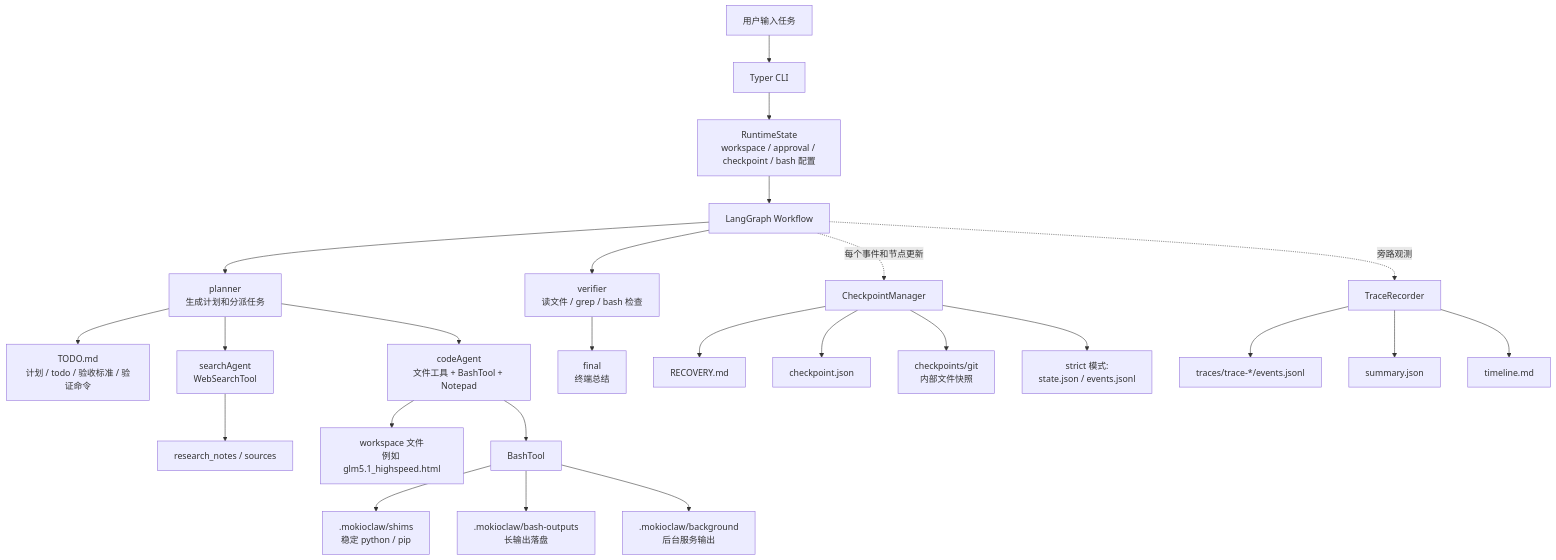
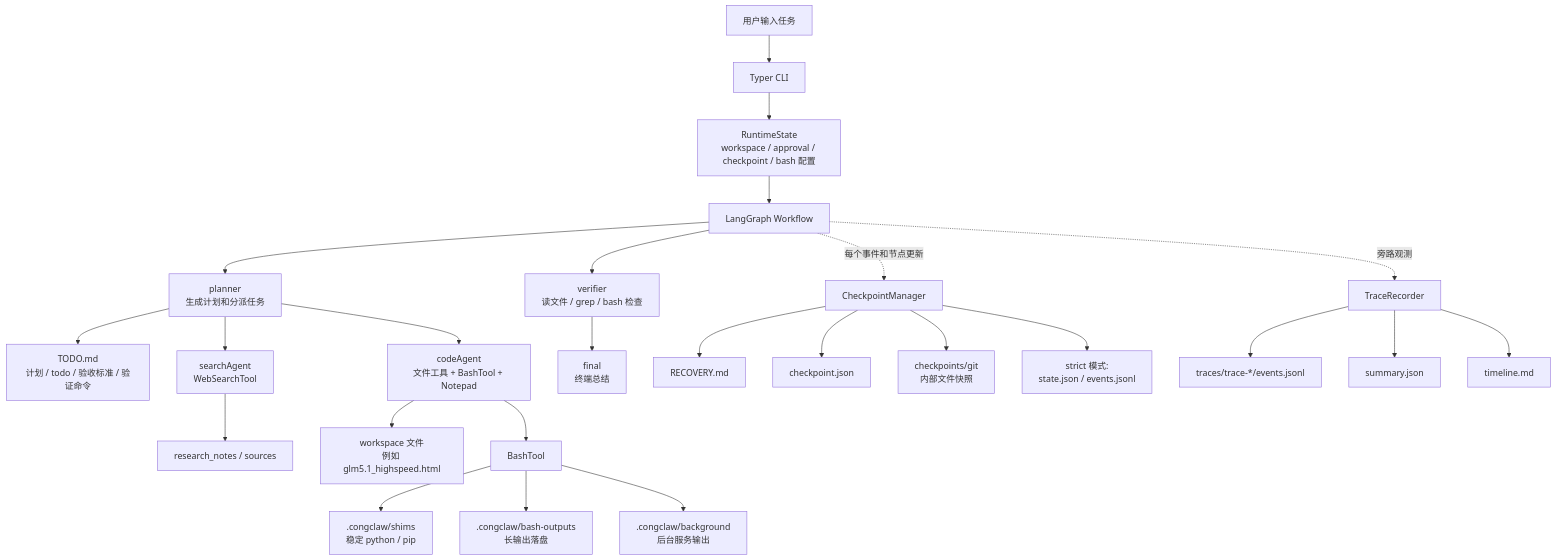
One commit to sjc1016/agent-dian001 changed the first of 4 diagrams in docs/workspace-lifecycle.md. Above: the diagram before and after it, drawn with Mermaid. The commit also changed other lines of this file and 425 other files, not shown here.

````diff
--- a/docs/workspace-lifecycle.md
+++ b/docs/workspace-lifecycle.md
@@ -55,33 +55,33 @@
 ```mermaid
 flowchart TD
     User["用户输入任务"] --> CLI["Typer CLI"]
     CLI --> Runtime["RuntimeState<br/>workspace / approval / checkpoint / bash 配置"]
     Runtime --> Graph["LangGraph Workflow"]
 
     Graph --> Planner["planner<br/>生成计划和分派任务"]
     Planner --> Todo["TODO.md<br/>计划 / todo / 验收标准 / 验证命令"]
     Planner --> Search["searchAgent<br/>WebSearchTool"]
     Planner --> Code["codeAgent<br/>文件工具 + BashTool + Notepad"]
 
     Search --> Sources["research_notes / sources"]
     Code --> Files["workspace 文件<br/>例如 glm5.1_highspeed.html"]
     Code --> Bash["BashTool"]
 
-    Bash --> Shims[".mokioclaw/shims<br/>稳定 python / pip"]
-    Bash --> Outputs[".mokioclaw/bash-outputs<br/>长输出落盘"]
-    Bash --> Background[".mokioclaw/background<br/>后台服务输出"]
+    Bash --> Shims[".congclaw/shims<br/>稳定 python / pip"]
+    Bash --> Outputs[".congclaw/bash-outputs<br/>长输出落盘"]
+    Bash --> Background[".congclaw/background<br/>后台服务输出"]
 
     Graph --> Verifier["verifier<br/>读文件 / grep / bash 检查"]
     Verifier --> Final["final<br/>终端总结"]
 
     Graph -.每个事件和节点更新.-> Checkpoint["CheckpointManager"]
     Checkpoint --> Recovery["RECOVERY.md"]
     Checkpoint --> CheckpointJson["checkpoint.json"]
     Checkpoint --> Git["checkpoints/git<br/>内部文件快照"]
     Checkpoint --> Strict["strict 模式:<br/>state.json / events.jsonl"]
 
     Graph -.旁路观测.-> Trace["TraceRecorder"]
     Trace --> TraceEvents["traces/trace-*/events.jsonl"]
     Trace --> TraceSummary["summary.json"]
     Trace --> TraceTimeline["timeline.md"]
 ```
````
